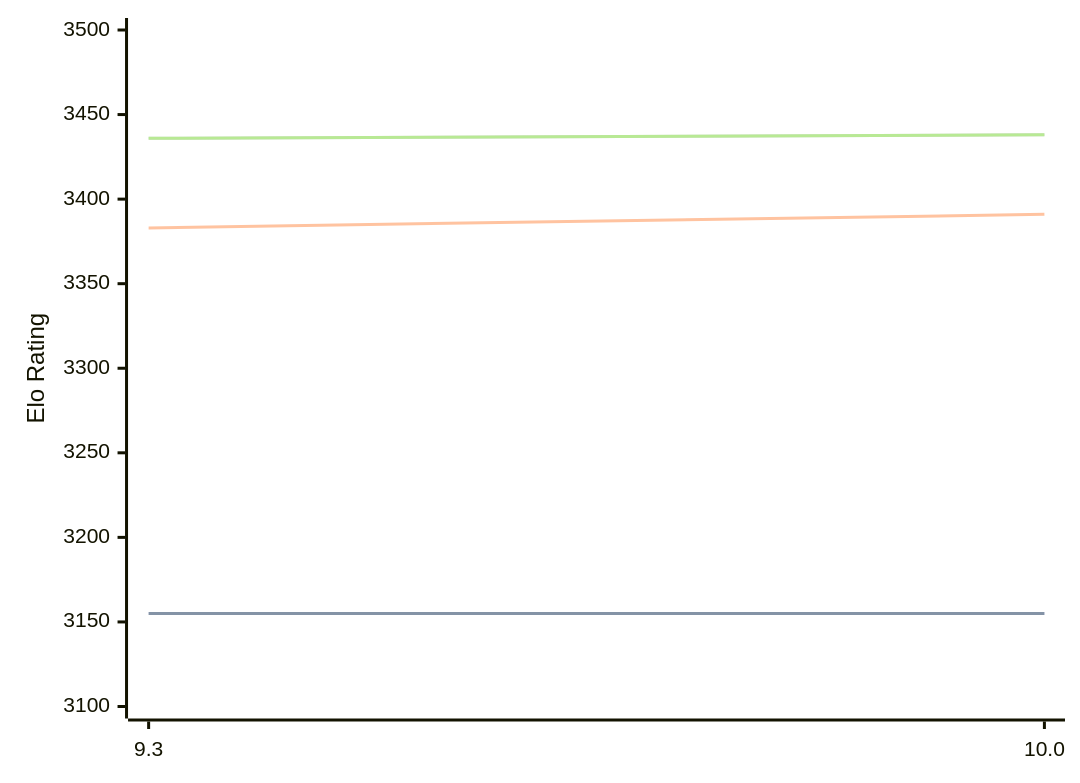
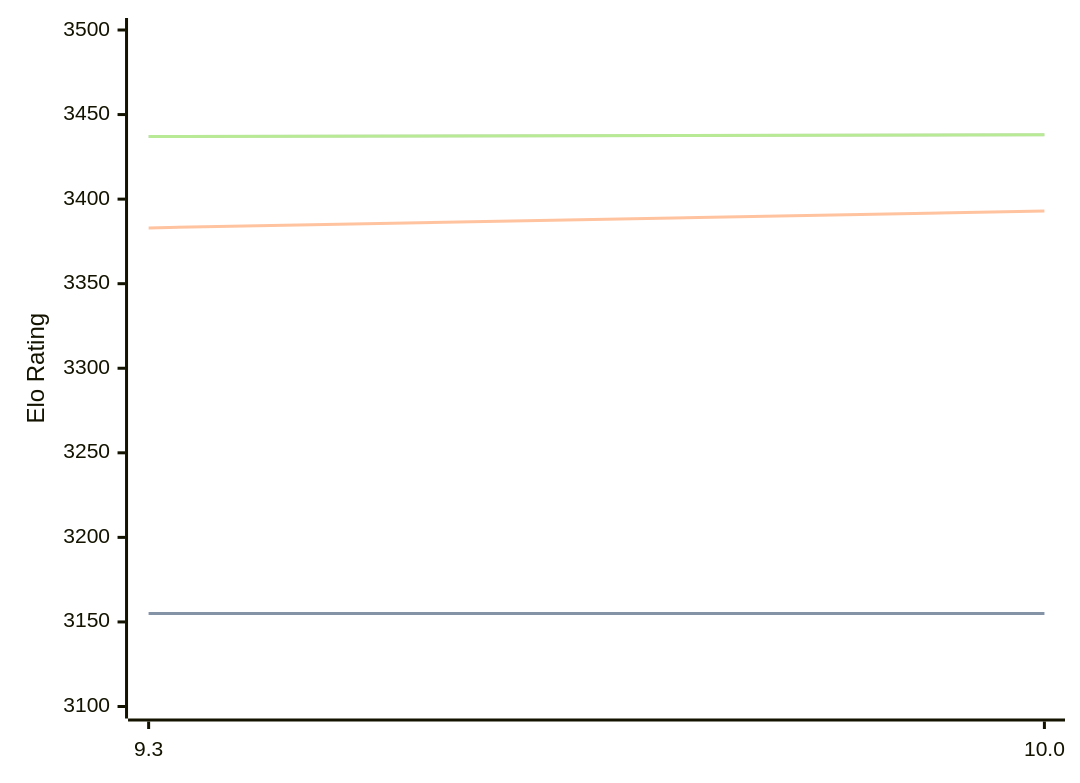
The diagram in engines/Fire.md (computer-chess-index/cci), drawn with Mermaid before and after one commit. The commit also changed other lines of this file, not shown here.

Commit message:
Update CCI Ratings (ELO VLTC) - 2026-10-08

````diff
--- a/engines/Fire.md
+++ b/engines/Fire.md
@@ -32,11 +32,11 @@
 ```mermaid
 %%{init: {"theme":"base","themeVariables":{"seriesColors:['#a3a3a3','#222221','#faa371']}}}%%
 xychart-beta
   x-axis ["9.3", "10.0"]
   y-axis "Elo Rating" 3100 --> 3500
   line "" [3155, 3155]
   line "STC (8.0+0.08s)" [3155, 3155]
-  line "LTC (60.0+0.60s)" [3383, 3391]
-  line "" [3436, 3438]
-  line "VLTC (2m24s+1.12s)" [3436, 3438]
+  line "LTC (60.0+0.60s)" [3383, 3393]
+  line "" [3437, 3438]
+  line "VLTC (2m24s+1.12s)" [3437, 3438]
 ```
````
